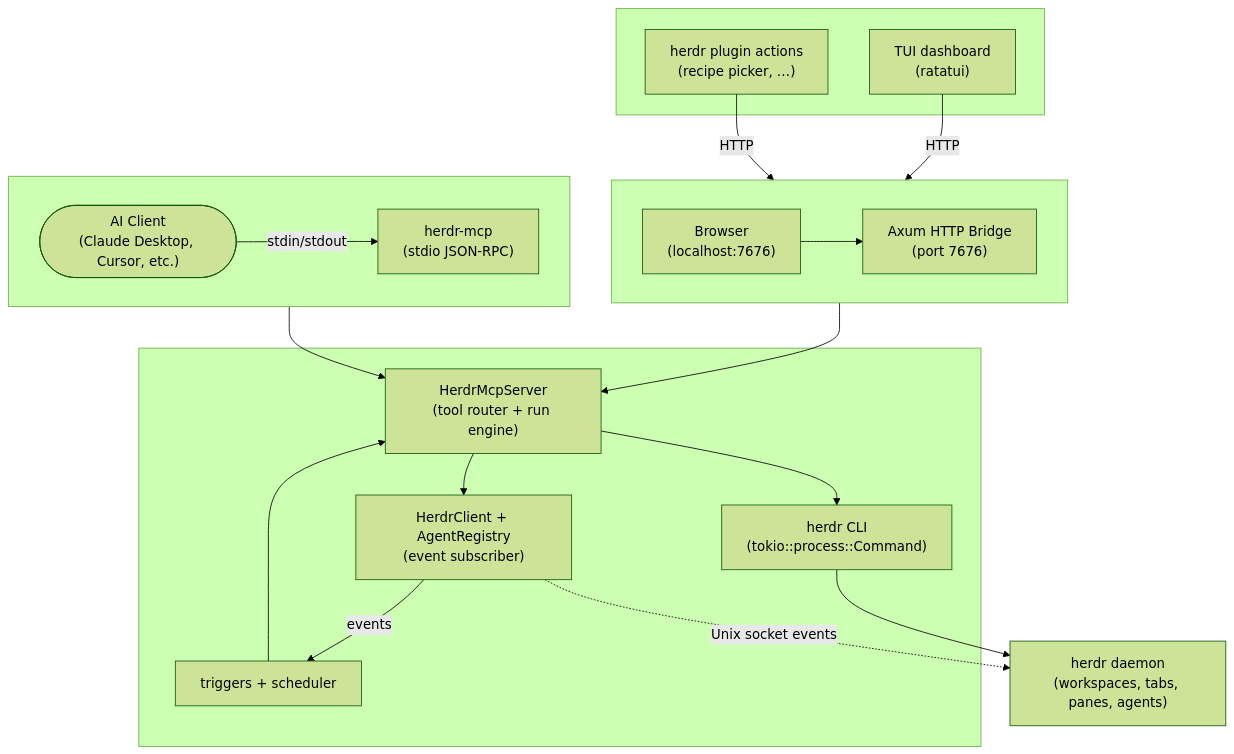
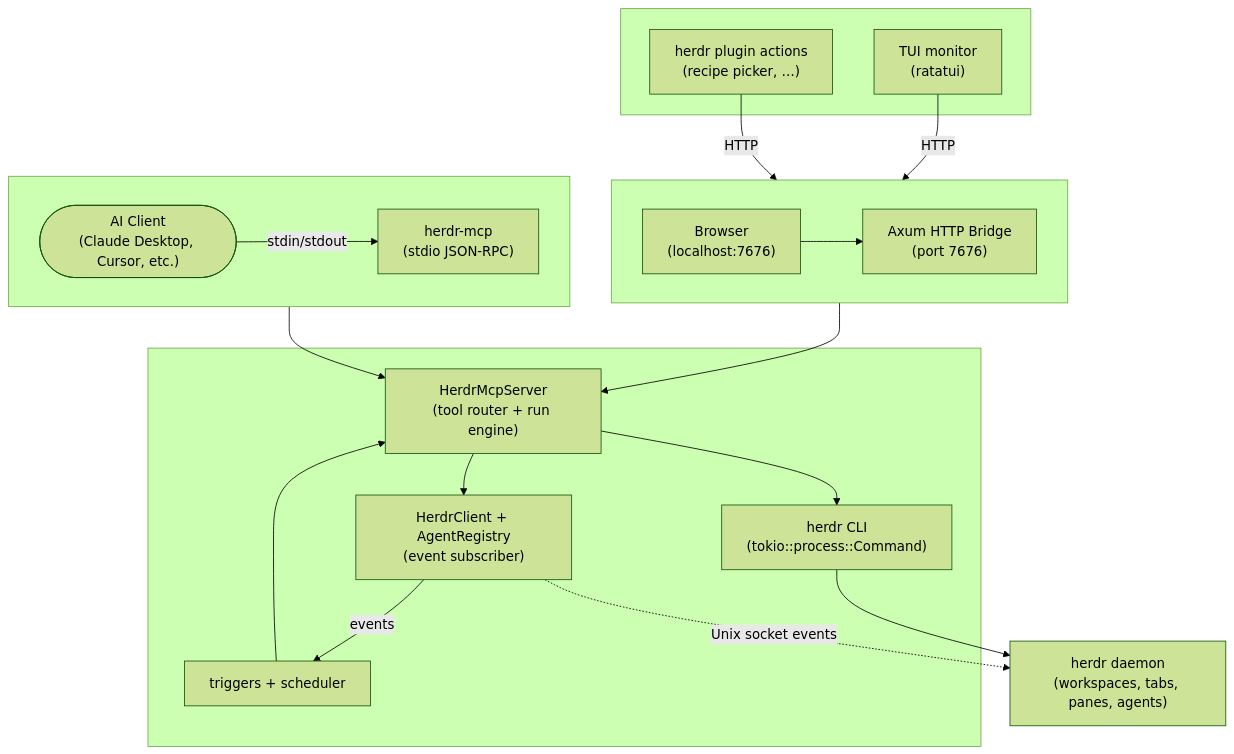
The diagram in README.md (eugeneb50/herdr-mcp), drawn with Mermaid (forest theme) before and after one commit. The commit also changed other lines of this file and 5 other files, not shown here.

First line of the commit message:
docs: reflect SQLite storage, the TUI monitor, strict defaults, run failures

````diff
--- a/README.md
+++ b/README.md
@@ -87,39 +88,39 @@
 ```mermaid
 graph TB
     subgraph MCP[" "]
         direction LR
         AI(["AI Client<br/>(Claude Desktop, Cursor, etc.)"])
         STDIO["herdr-mcp<br/>(stdio JSON-RPC)"]
         AI -- stdin/stdout --> STDIO
     end
 
     subgraph HTTP[" "]
         direction LR
         B1["Browser<br/>(localhost:7676)"]
         AXUM["Axum HTTP Bridge<br/>(port 7676)"]
         B1 --> AXUM
     end
 
     subgraph CLIENTS[" "]
-        DASH["TUI dashboard<br/>(ratatui)"]
+        DASH["TUI monitor<br/>(ratatui)"]
         PLUG["herdr plugin actions<br/>(recipe picker, …)"]
     end
 
     subgraph CORE[" "]
         TOOL["HerdrMcpServer<br/>(tool router + run engine)"]
         TRIG["triggers + scheduler"]
         CLI["herdr CLI<br/>(tokio::process::Command)"]
         REG["HerdrClient + AgentRegistry<br/>(event subscriber)"]
     end
 
     STDIO --> TOOL
     AXUM --> TOOL
     DASH -->|HTTP| AXUM
     PLUG -->|HTTP| AXUM
     TRIG --> TOOL
     REG -->|events| TRIG
     TOOL --> CLI
     TOOL --> REG
     CLI --> DAEMON["herdr daemon<br/>(workspaces, tabs, panes, agents)"]
     REG -.->|Unix socket events| DAEMON
 ```
````
